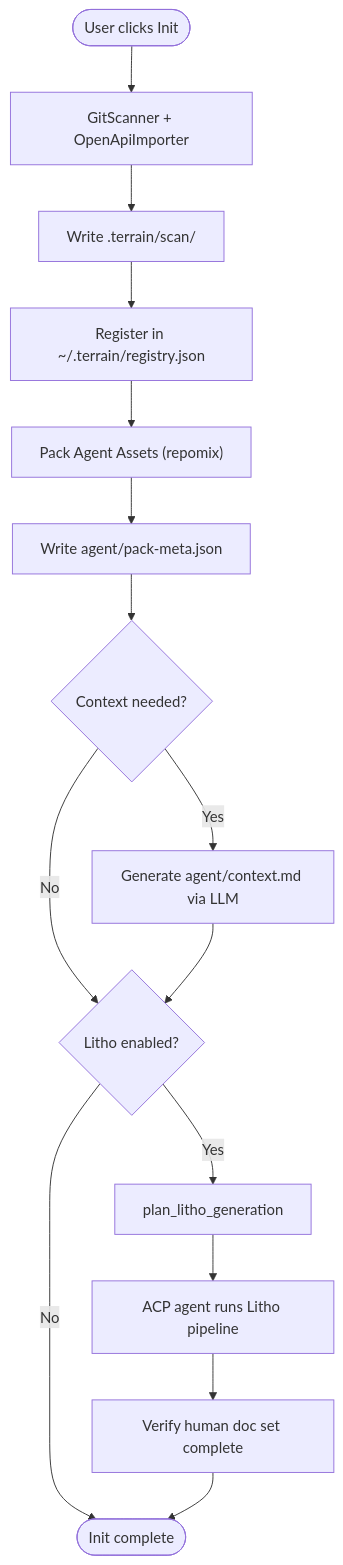
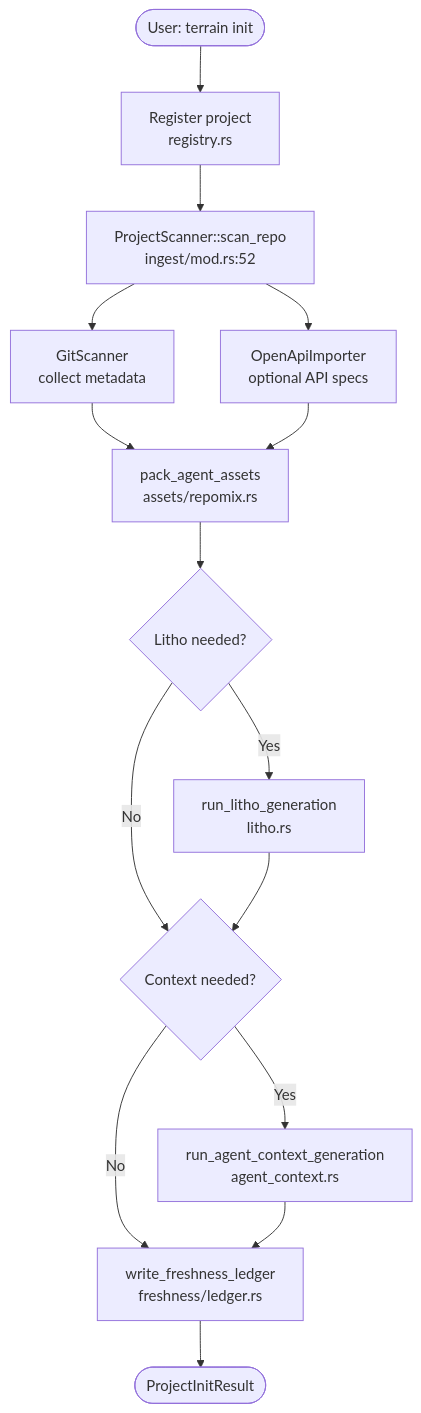
Before and after one commit to sopaco/terrain: the second of 7 diagrams in .terrain/human/3.Workflows.md, drawn with Mermaid. The commit also changed other lines of this file and 10 other files, not shown here.

Commit message:
update terrain assets

````diff
--- a/.terrain/human/3.Workflows.md
+++ b/.terrain/human/3.Workflows.md
@@ -57,17 +43,17 @@
 ```mermaid
 flowchart TD
-    Start([User clicks Init]) --> Scan[GitScanner + OpenApiImporter]
-    Scan --> WriteIndex["Write .terrain/scan/"]
-    WriteIndex --> Register["Register in ~/.terrain/registry.json"]
-    Register --> Pack["Pack Agent Assets (repomix)"]
-    Pack --> PackMeta["Write agent/pack-meta.json"]
-    PackMeta --> ContextCheck{Context needed?}
-    ContextCheck -->|Yes| GenContext["Generate agent/context.md via LLM"]
-    ContextCheck -->|No| LithoCheck{Litho enabled?}
-    GenContext --> LithoCheck
-    LithoCheck -->|Yes| PlanLitho["plan_litho_generation"]
-    LithoCheck -->|No| Done([Init complete])
-    PlanLitho --> RunLitho["ACP agent runs Litho pipeline"]
-    RunLitho --> Verify["Verify human doc set complete"]
-    Verify --> Done
+    Start(["User: terrain init"]) --> Register["Register project<br/>registry.rs"]
+    Register --> Scan["ProjectScanner::scan_repo<br/>ingest/mod.rs:52"]
+    Scan --> GitScan["GitScanner<br/>collect metadata"]
+    Scan --> OpenAPI["OpenApiImporter<br/>optional API specs"]
+    GitScan --> Pack["pack_agent_assets<br/>assets/repomix.rs"]
+    OpenAPI --> Pack
+    Pack --> LithoCheck{"Litho needed?"}
+    LithoCheck -->|Yes| Litho["run_litho_generation<br/>litho.rs"]
+    LithoCheck -->|No| ContextCheck
+    Litho --> ContextCheck{"Context needed?"}
+    ContextCheck -->|Yes| Context["run_agent_context_generation<br/>agent_context.rs"]
+    ContextCheck -->|No| Freshness
+    Context --> Freshness["write_freshness_ledger<br/>freshness/ledger.rs"]
+    Freshness --> End(["ProjectInitResult"])
 ```
````
